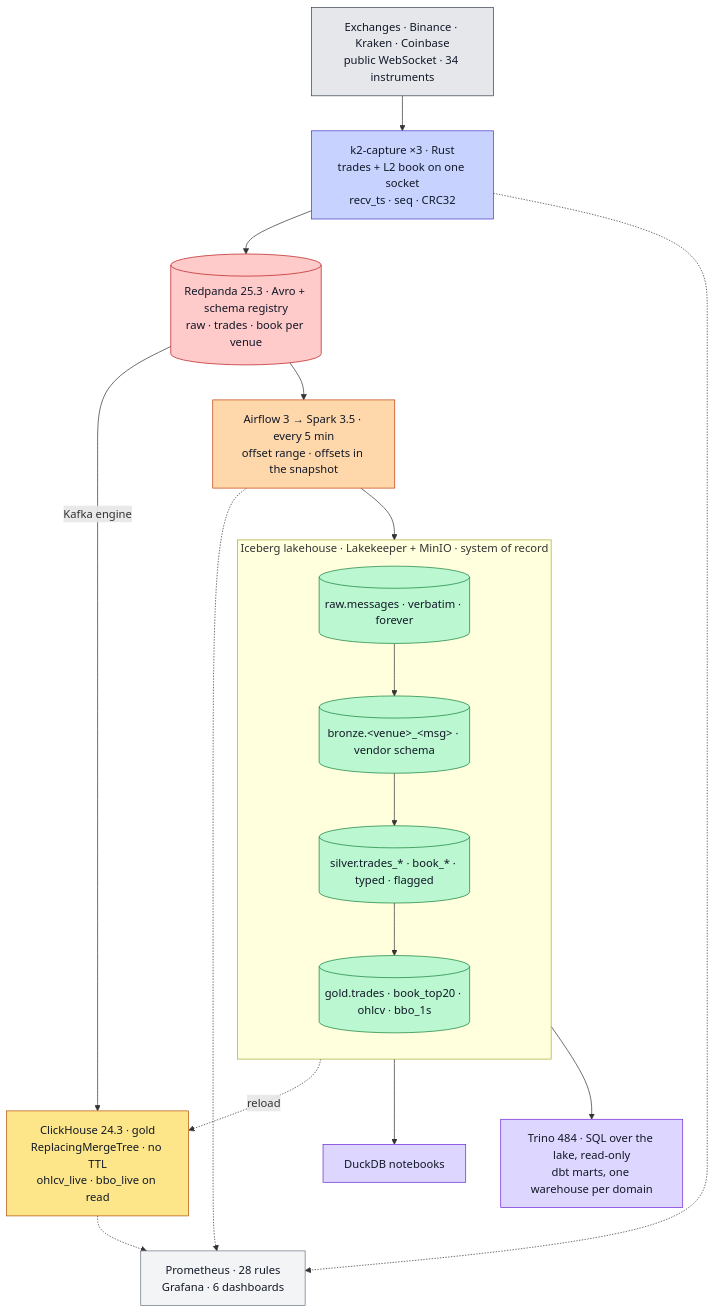
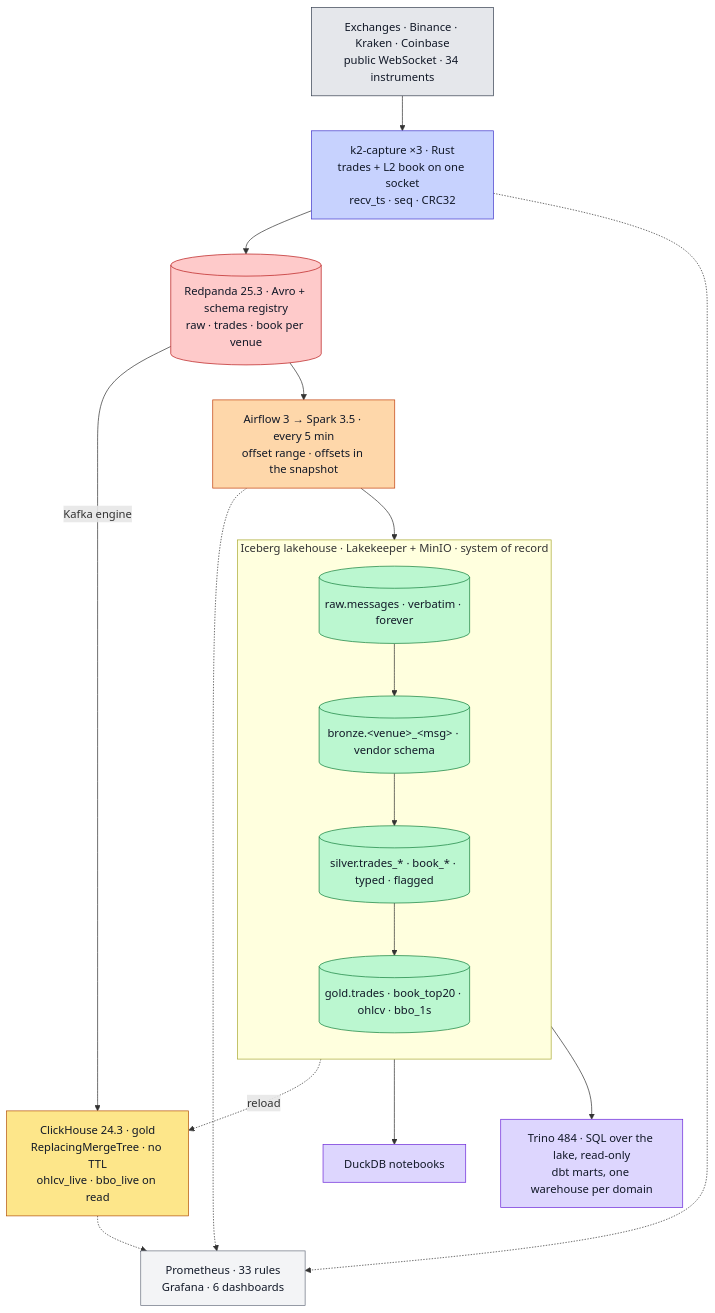
Before and after one commit to rjdscott/k2-market-data-platform: the diagram in README.md, drawn with Mermaid. The commit also changed other lines of this file and 16 other files, not shown here.

````diff
--- a/README.md
+++ b/README.md
@@ -56,36 +56,36 @@
 ```mermaid
 flowchart TB
   E["Exchanges · Binance · Kraken · Coinbase<br/>public WebSocket · 34 instruments"]:::ex
   F["k2-capture ×3 · Rust<br/>trades + L2 book on one socket<br/>recv_ts · seq · CRC32"]:::rs
   R[("Redpanda 25.3 · Avro + schema registry<br/>raw · trades · book per venue")]:::rp
   C["ClickHouse 24.3 · gold<br/>ReplacingMergeTree · no TTL<br/>ohlcv_live · bbo_live on read"]:::ch
   S["Airflow 3 → Spark 3.5 · every 5 min<br/>offset range · offsets in the snapshot"]:::sp
   subgraph L["Iceberg lakehouse · Lakekeeper + MinIO · system of record"]
     direction TB
     RAW[("raw.messages · verbatim · forever")]:::lk
     BR[("bronze.&lt;venue&gt;_&lt;msg&gt; · vendor schema")]:::lk
     SV[("silver.trades_* · book_* · typed · flagged")]:::lk
     GD[("gold.trades · book_top20 · ohlcv · bbo_1s")]:::lk
     RAW --> BR --> SV --> GD
   end
   N["DuckDB notebooks"]:::nb
   T["Trino 484 · SQL over the lake, read-only<br/>dbt marts, one warehouse per domain"]:::nb
-  O["Prometheus · 28 rules<br/>Grafana · 6 dashboards"]:::ob
+  O["Prometheus · 33 rules<br/>Grafana · 6 dashboards"]:::ob
 
   E --> F --> R
   R -->|Kafka engine| C
   R --> S --> RAW
   GD -.->|reload| C
   GD --> N
   L --> T
   F & S & C -.-> O
 
   classDef ex fill:#e5e7eb,stroke:#374151,color:#111827
   classDef rs fill:#c7d2fe,stroke:#4338ca,color:#111827
   classDef rp fill:#fecaca,stroke:#b91c1c,color:#111827
   classDef lk fill:#bbf7d0,stroke:#15803d,color:#111827
   classDef sp fill:#fed7aa,stroke:#c2410c,color:#111827
   classDef ch fill:#fde68a,stroke:#b45309,color:#111827
   classDef nb fill:#ddd6fe,stroke:#6d28d9,color:#111827
   classDef ob fill:#f3f4f6,stroke:#6b7280,color:#111827
 ```
````
